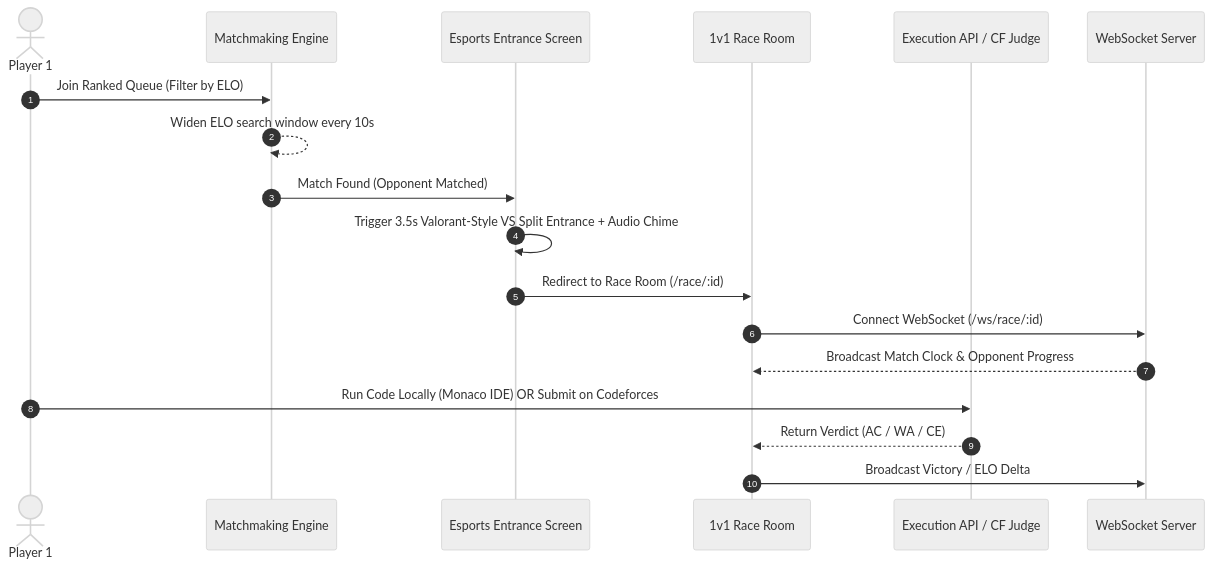
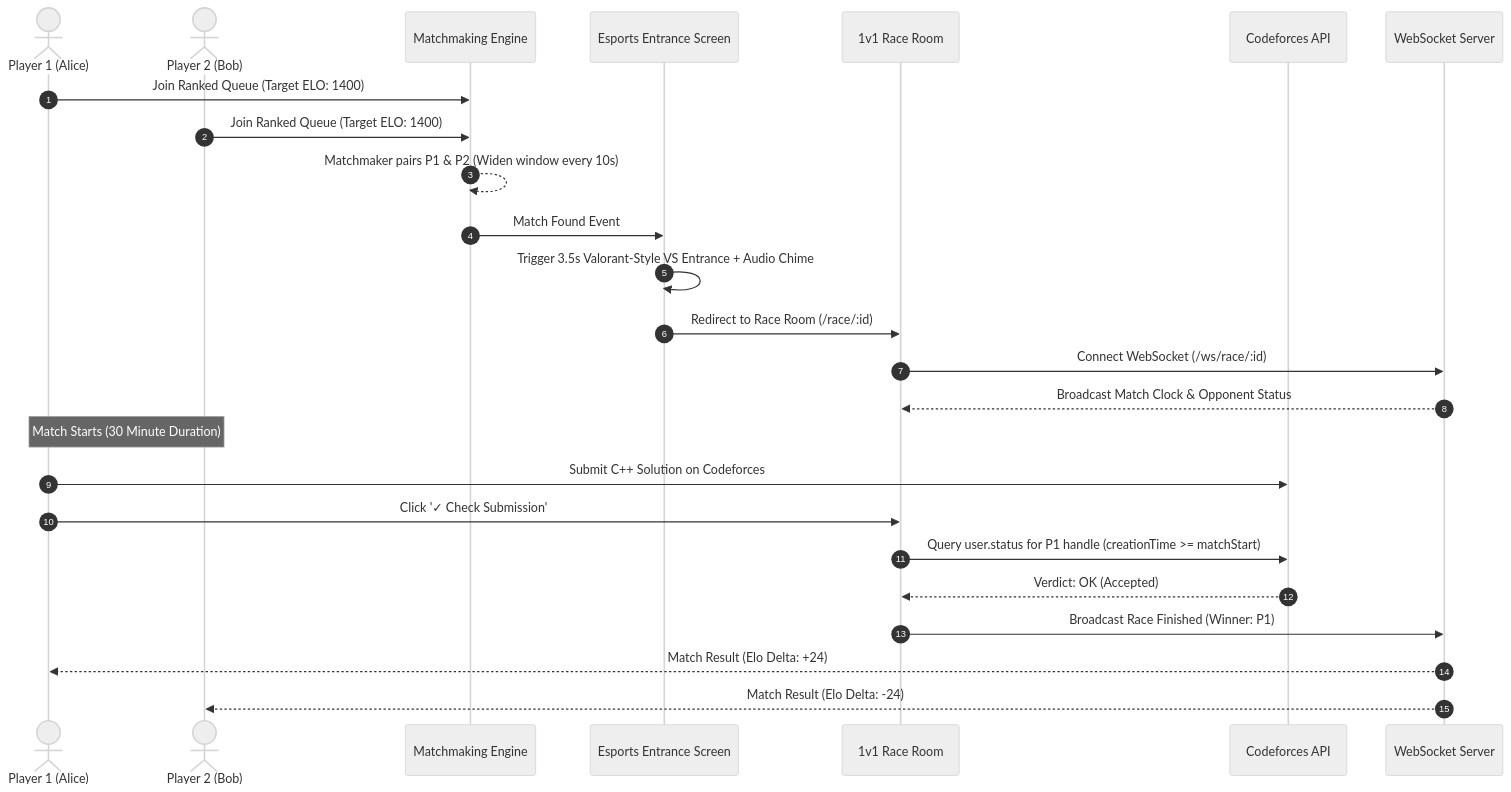
Before and after one commit to ShreyanshGiri08/CodeClash: the second of 3 diagrams in README.md, drawn with Mermaid (neutral theme). The commit also changed other lines of this file, not shown here.

````diff
--- a/README.md
+++ b/README.md
@@ -37,21 +102,30 @@
 ```mermaid
 sequenceDiagram
     autonumber
-    actor Player as Player 1
+    actor P1 as Player 1 (Alice)
+    actor P2 as Player 2 (Bob)
     participant Queue as Matchmaking Engine
     participant VS as Esports Entrance Screen
     participant Arena as 1v1 Race Room
-    participant Compiler as Execution API / CF Judge
+    participant CF as Codeforces API
     participant WS as WebSocket Server
 
-    Player->>Queue: Join Ranked Queue (Filter by ELO)
-    Queue-->>Queue: Widen ELO search window every 10s
-    Queue->>VS: Match Found (Opponent Matched)
-    VS->>VS: Trigger 3.5s Valorant-Style VS Split Entrance + Audio Chime
+    P1->>Queue: Join Ranked Queue (Target ELO: 1400)
+    P2->>Queue: Join Ranked Queue (Target ELO: 1400)
+    Queue-->>Queue: Matchmaker pairs P1 & P2 (Widen window every 10s)
+    Queue->>VS: Match Found Event
+    VS->>VS: Trigger 3.5s Valorant-Style VS Entrance + Audio Chime
     VS->>Arena: Redirect to Race Room (/race/:id)
     Arena->>WS: Connect WebSocket (/ws/race/:id)
-    WS-->>Arena: Broadcast Match Clock & Opponent Progress
-    Player->>Compiler: Run Code Locally (Monaco IDE) OR Submit on Codeforces
-    Compiler-->>Arena: Return Verdict (AC / WA / CE)
-    Arena->>WS: Broadcast Victory / ELO Delta
+    WS-->>Arena: Broadcast Match Clock & Opponent Status
+    
+    Note over P1,P2: Match Starts (30 Minute Duration)
+
+    P1->>CF: Submit C++ Solution on Codeforces
+    P1->>Arena: Click '✓ Check Submission'
+    Arena->>CF: Query user.status for P1 handle (creationTime >= matchStart)
+    CF-->>Arena: Verdict: OK (Accepted)
+    Arena->>WS: Broadcast Race Finished (Winner: P1)
+    WS-->>P1: Match Result (Elo Delta: +24)
+    WS-->>P2: Match Result (Elo Delta: -24)
 ```
````
